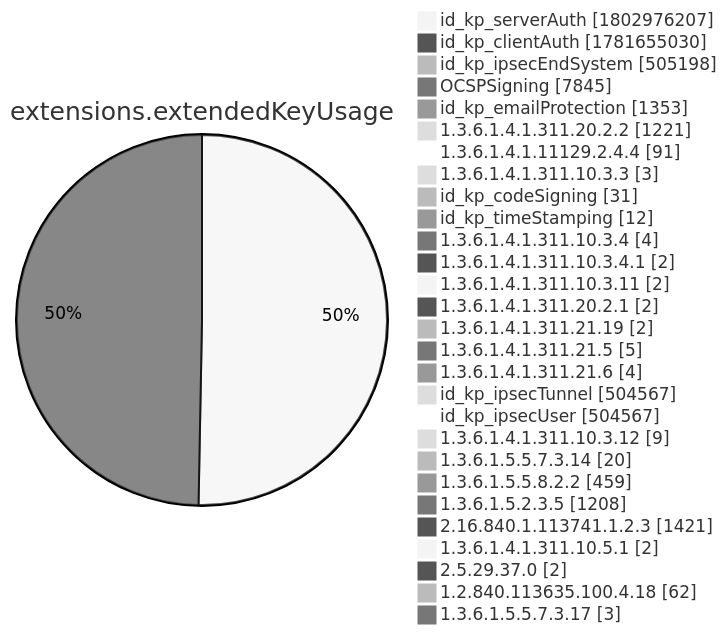
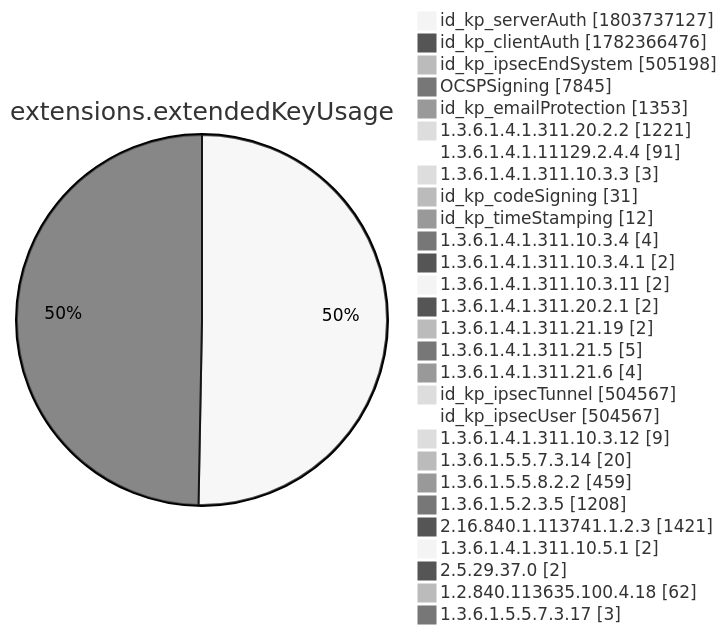
Before and after one commit to christiankrug/ctmonitor_visualization: diagram 12 of 15 in xenon2022/README.md, drawn with Mermaid (neutral theme). The commit also changed other lines of this file, not shown here.

````diff
--- a/xenon2022/README.md
+++ b/xenon2022/README.md
@@ -3895,32 +3895,32 @@
 ```mermaid
 pie showData
 title extensions.extendedKeyUsage
-"id_kp_serverAuth" :1802976207
-"id_kp_clientAuth" :1781655030
+"id_kp_serverAuth" :1803737127
+"id_kp_clientAuth" :1782366476
 "id_kp_ipsecEndSystem" :505198
 "OCSPSigning" :7845
 "id_kp_emailProtection" :1353
 "1.3.6.1.4.1.311.20.2.2" :1221
 "1.3.6.1.4.1.11129.2.4.4" :91
 "1.3.6.1.4.1.311.10.3.3" :3
 "id_kp_codeSigning" :31
 "id_kp_timeStamping" :12
 "1.3.6.1.4.1.311.10.3.4" :4
 "1.3.6.1.4.1.311.10.3.4.1" :2
 "1.3.6.1.4.1.311.10.3.11" :2
 "1.3.6.1.4.1.311.20.2.1" :2
 "1.3.6.1.4.1.311.21.19" :2
 "1.3.6.1.4.1.311.21.5" :5
 "1.3.6.1.4.1.311.21.6" :4
 "id_kp_ipsecTunnel" :504567
 "id_kp_ipsecUser" :504567
 "1.3.6.1.4.1.311.10.3.12" :9
 "1.3.6.1.5.5.7.3.14" :20
 "1.3.6.1.5.5.8.2.2" :459
 "1.3.6.1.5.2.3.5" :1208
 "2.16.840.1.113741.1.2.3" :1421
 "1.3.6.1.4.1.311.10.5.1" :2
 "2.5.29.37.0" :2
 "1.2.840.113635.100.4.18" :62
 "1.3.6.1.5.5.7.3.17" :3
 ```
````
